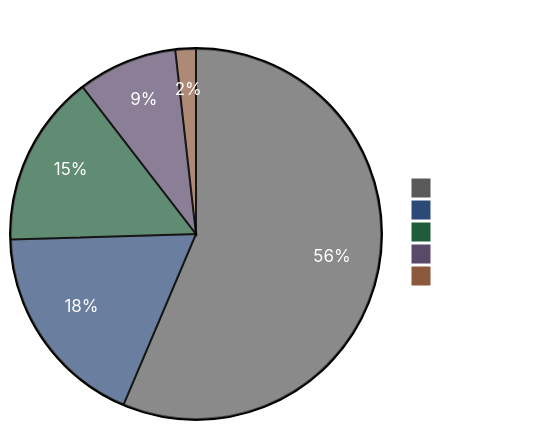
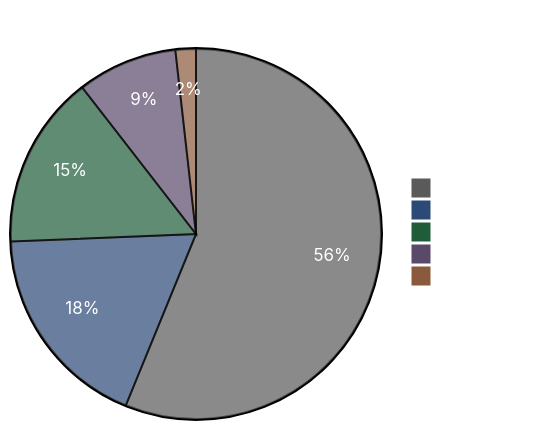
The diagram in README.md (ccmeteorljh/reco-arxiv-daily), drawn with Mermaid before and after one commit. The commit also changed other lines of this file and 7 other files, not shown here.

````diff
--- a/README.md
+++ b/README.md
@@ -6,19 +6,19 @@
 ```mermaid
 %%{init: {'theme':'base', 'themeVariables': {
   'pie1':'#5a5a5a',
   'pie2':'#2c4a78',
   'pie3':'#1e5c3a',
   'pie4':'#5a4a6a',
   'pie5':'#8b5a3c',
   'pieTitleTextColor':'#ffffff',
   'pieSectionTextColor':'#ffffff',
   'pieLegendTextColor':'#ffffff'
 }}}%%
 pie showData
 title Paper Distribution by Tag
   "Other" : 631
-  "LLM" : 203
-  "GR" : 168
-  "Seq" : 97
+  "LLM" : 204
+  "GR" : 170
+  "Seq" : 98
   "Scaling" : 20
 ```
````
